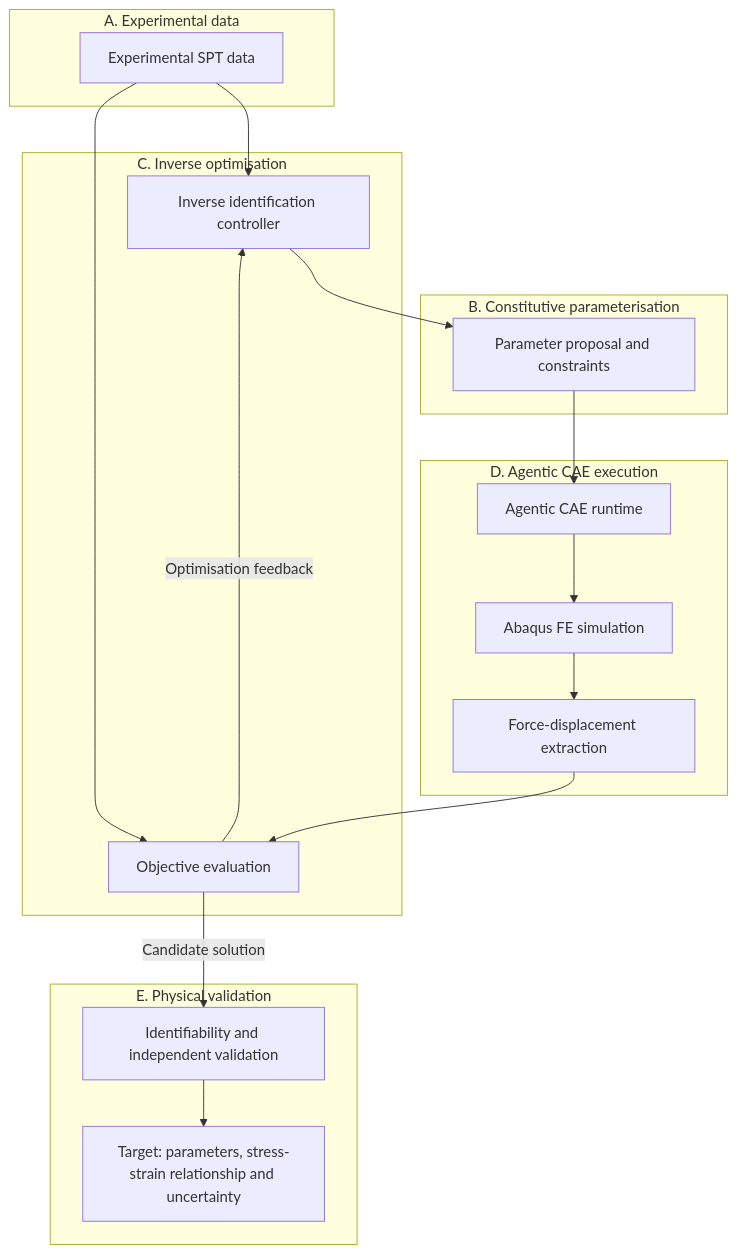
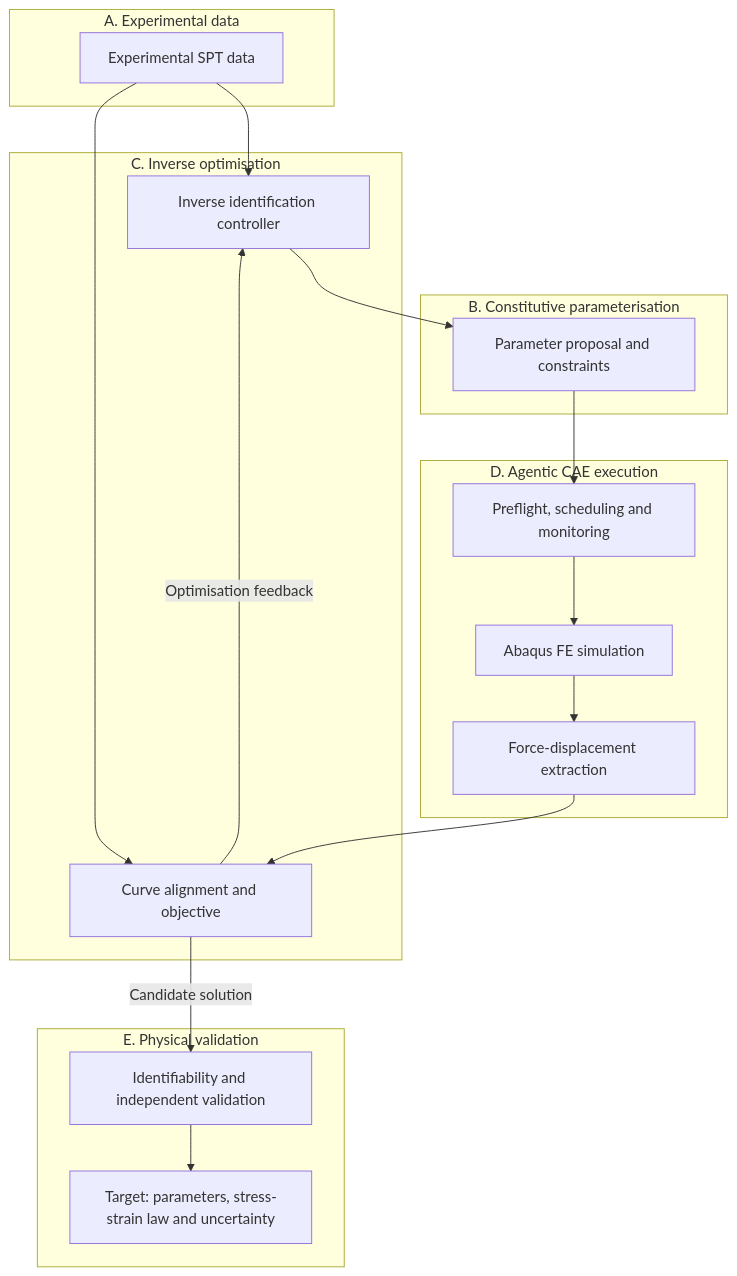
Before and after one commit to SHUAIXSYU/SMALL-PUNCH: the first of 2 diagrams in README.md, drawn with Mermaid. The commit also changed other lines of this file and 22 other files, not shown here.

````diff
--- a/README.md
+++ b/README.md
@@ -52,32 +66,32 @@
 ```mermaid
 flowchart TB
     subgraph A["A. Experimental data"]
         DATA["Experimental SPT data"]
     end
     subgraph B["B. Constitutive parameterisation"]
         PARAM["Parameter proposal and constraints"]
     end
     subgraph C["C. Inverse optimisation"]
         CTRL["Inverse identification controller"]
-        OBJ["Objective evaluation"]
+        OBJ["Curve alignment and objective"]
     end
     subgraph D["D. Agentic CAE execution"]
-        RUNTIME["Agentic CAE runtime"]
+        RUNTIME["Preflight, scheduling and monitoring"]
         FE["Abaqus FE simulation"]
         EXTRACT["Force-displacement extraction"]
     end
     subgraph E["E. Physical validation"]
         VALID["Identifiability and independent validation"]
-        OUT["Target: parameters, stress-strain relationship and uncertainty"]
+        OUT["Target: parameters, stress-strain law and uncertainty"]
     end
     DATA --> CTRL
     CTRL --> PARAM
     PARAM --> RUNTIME
     RUNTIME --> FE
     FE --> EXTRACT
     EXTRACT --> OBJ
     DATA --> OBJ
     OBJ -->|"Optimisation feedback"| CTRL
     OBJ -->|"Candidate solution"| VALID
     VALID --> OUT
 ```
````
